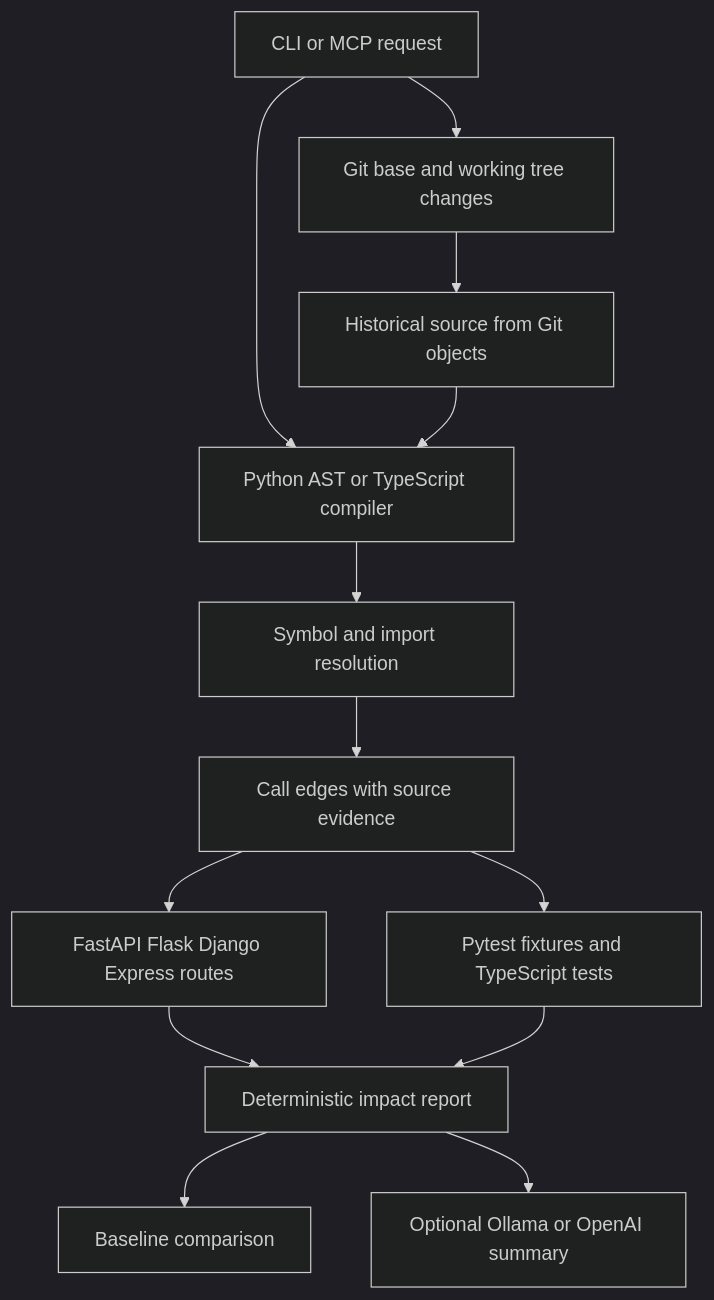
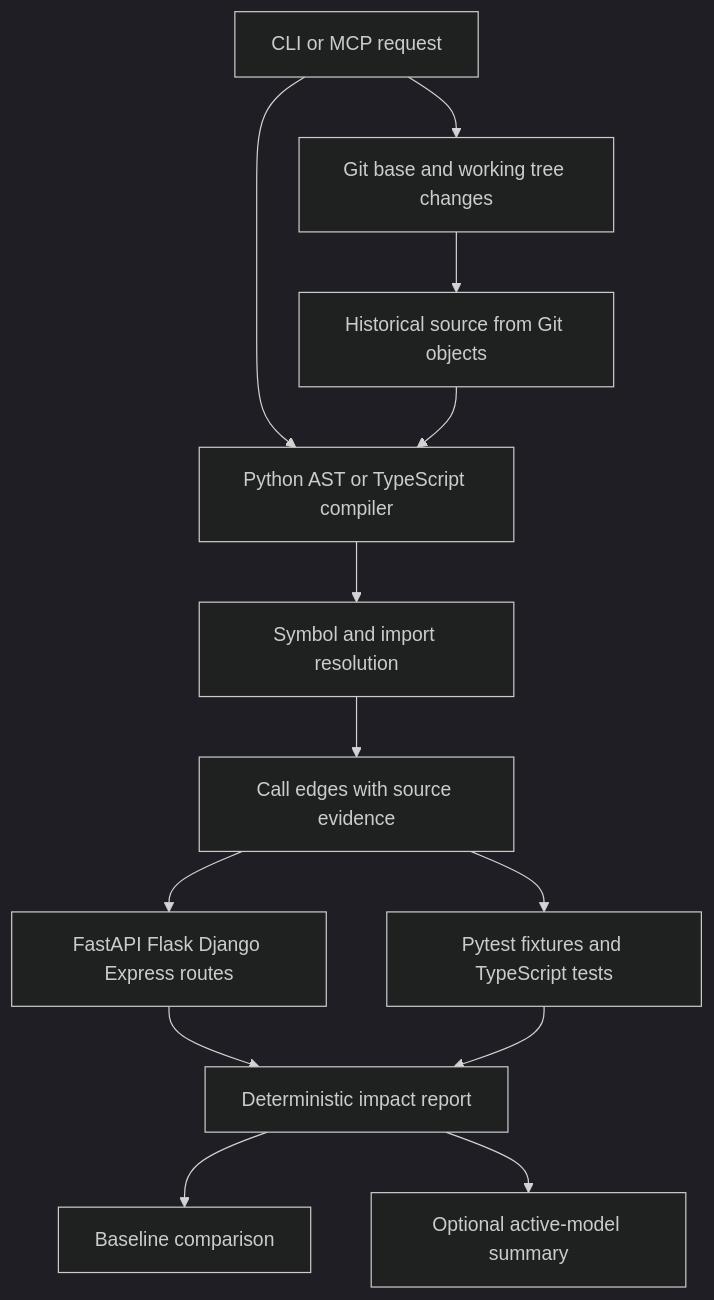
One commit to kvianAR/change-impact-investigator changed the diagram in docs/ARCHITECTURE.md. Above: the diagram before and after it, drawn with Mermaid (dark theme). The commit also changed other lines of this file and 10 other files, not shown here.

````diff
--- a/docs/ARCHITECTURE.md
+++ b/docs/ARCHITECTURE.md
@@ -3,15 +3,15 @@
 ```mermaid
 flowchart TD
     Agent[CLI or MCP request] --> Git[Git base and working tree changes]
     Agent --> Parse[Python AST or TypeScript compiler]
     Git --> Historical[Historical source from Git objects]
     Historical --> Parse
     Parse --> Resolve[Symbol and import resolution]
     Resolve --> Graph[Call edges with source evidence]
     Graph --> Routes[FastAPI Flask Django Express routes]
     Graph --> Tests[Pytest fixtures and TypeScript tests]
     Routes --> Report[Deterministic impact report]
     Tests --> Report
     Report --> Snapshot[Baseline comparison]
-    Report --> AI[Optional Ollama or OpenAI summary]
+    Report --> AI[Optional active-model summary]
 ```
````
